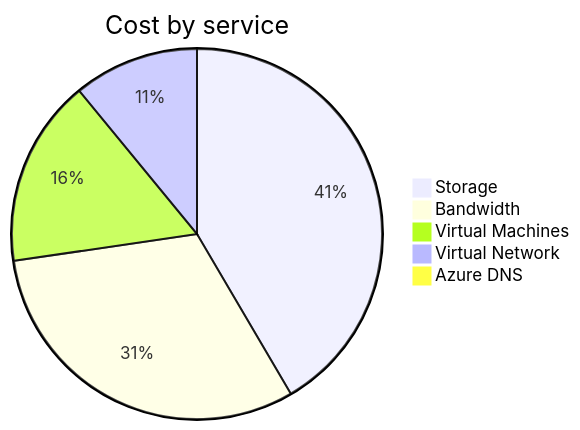
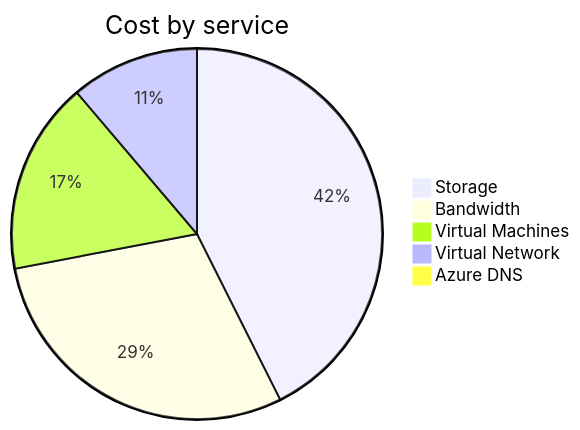
Before and after one commit to jpfulton/azure-personal-reports: the second of 4 diagrams in cost-reports/personal-network/README.md, drawn with Mermaid. The commit also changed other lines of this file and 8 other files, not shown here.

````diff
--- a/cost-reports/personal-network/README.md
+++ b/cost-reports/personal-network/README.md
@@ -63,9 +95,9 @@
 ```mermaid
 pie
    title Cost by service
-   "Storage" : 10.89
+   "Storage" : 11.82
    "Bandwidth" : 8.16
-   "Virtual Machines" : 4.29
-   "Virtual Network" : 2.87
-   "Azure DNS" : 0.19
+   "Virtual Machines" : 4.66
+   "Virtual Network" : 3.11
+   "Azure DNS" : 0.21
 ```
````
